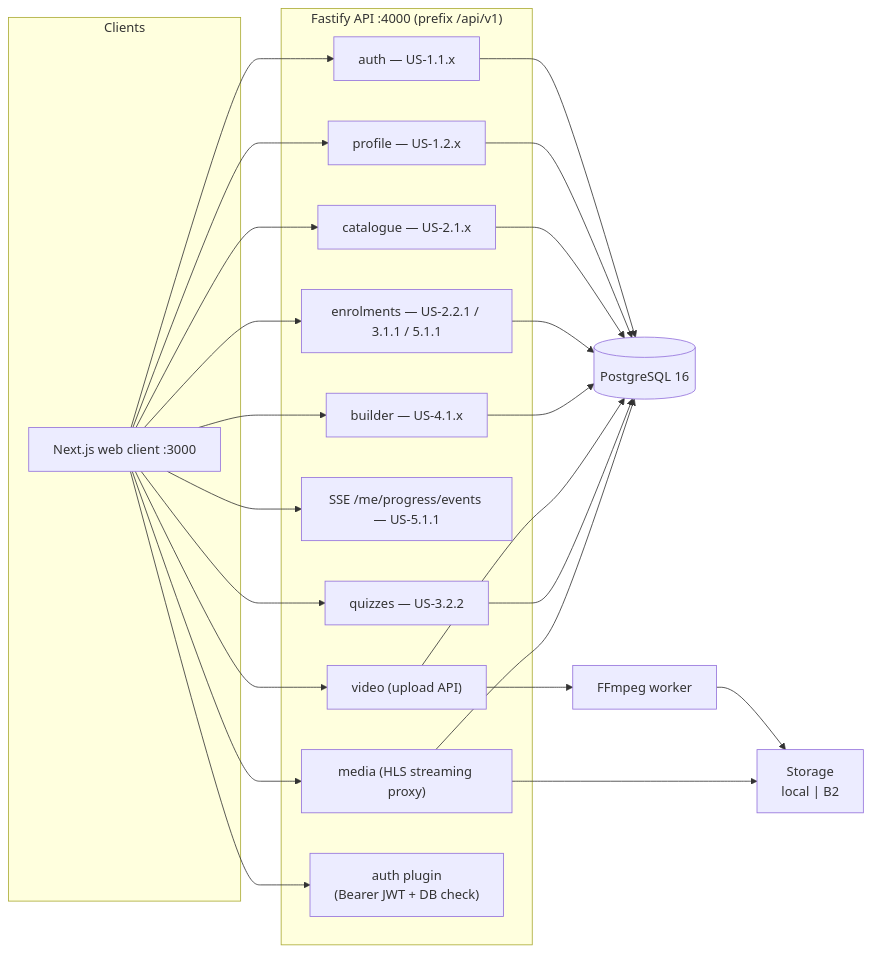
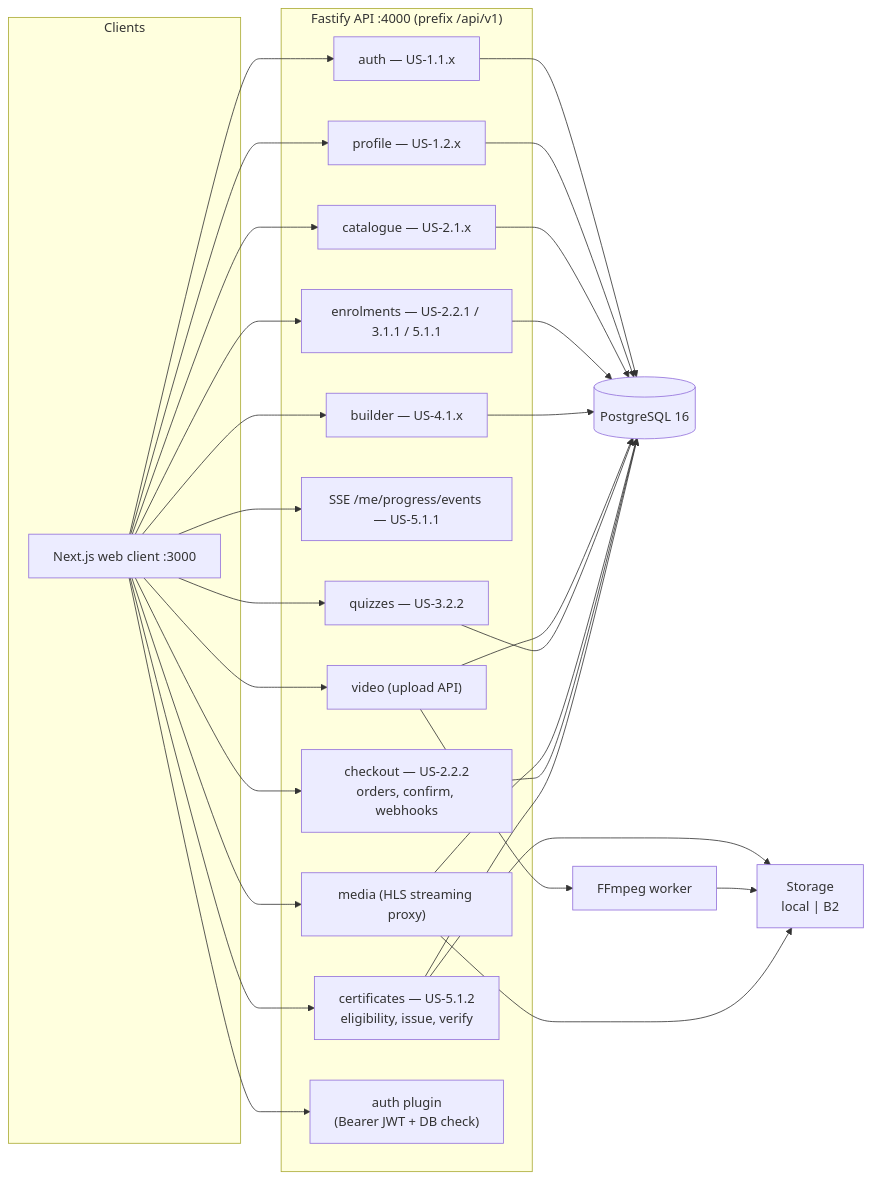
One commit to Godwin-88/laughing-waffle changed the first of 8 diagrams in docs/architecture.md. Above: the diagram before and after it, drawn with Mermaid. The commit also changed other lines of this file and 29 other files, not shown here.

````diff
--- a/docs/architecture.md
+++ b/docs/architecture.md
@@ -17,33 +18,38 @@
 ```mermaid
 flowchart LR
     subgraph Clients
         NEXT["Next.js web client :3000"]
     end
 
     subgraph Gateway["Fastify API :4000  (prefix /api/v1)"]
         AUTH["auth — US-1.1.x"]
         PROF["profile — US-1.2.x"]
         CAT["catalogue — US-2.1.x"]
         ENR["enrolments — US-2.2.1 / 3.1.1 / 5.1.1"]
         QUIZ["quizzes — US-3.2.2"]
         SSE["SSE /me/progress/events — US-5.1.1"]
         VID["video (upload API)"]
         MEDIA["media (HLS streaming proxy)"]
         BLD["builder — US-4.1.x"]
+        ORD["checkout — US-2.2.2<br/>orders, confirm, webhooks"]
+        CERT["certificates — US-5.1.2<br/>eligibility, issue, verify"]
         AUTH_PLUGIN["auth plugin<br/>(Bearer JWT + DB check)"]
     end
 
     NEXT --> AUTH_PLUGIN
-    NEXT --> AUTH & PROF & CAT & ENR & VID & MEDIA & BLD & QUIZ & SSE
+    NEXT --> AUTH & PROF & CAT & ENR & VID & MEDIA & BLD & QUIZ & SSE & ORD & CERT
 
     AUTH & PROF --> PG[("PostgreSQL 16")]
     CAT --> PG
     ENR --> PG
     BLD --> PG
     VID --> PG
     QUIZ --> PG
     MEDIA --> PG
+    ORD --> PG
+    CERT --> PG
+    CERT --> STORE
     VID --> TRANSCODER["FFmpeg worker"]
     TRANSCODER --> STORE["Storage<br/>local | B2"]
     MEDIA --> STORE
 ```
````
